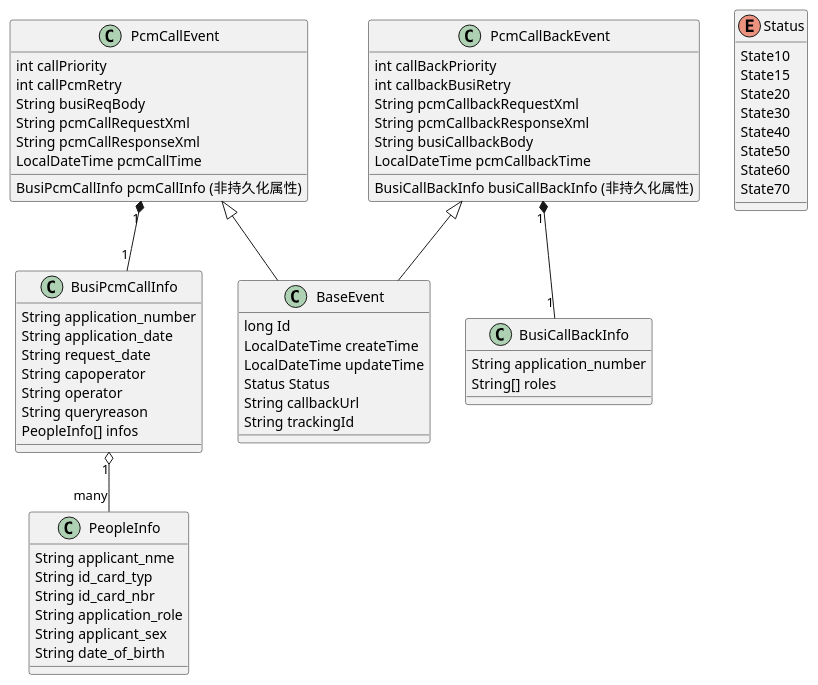
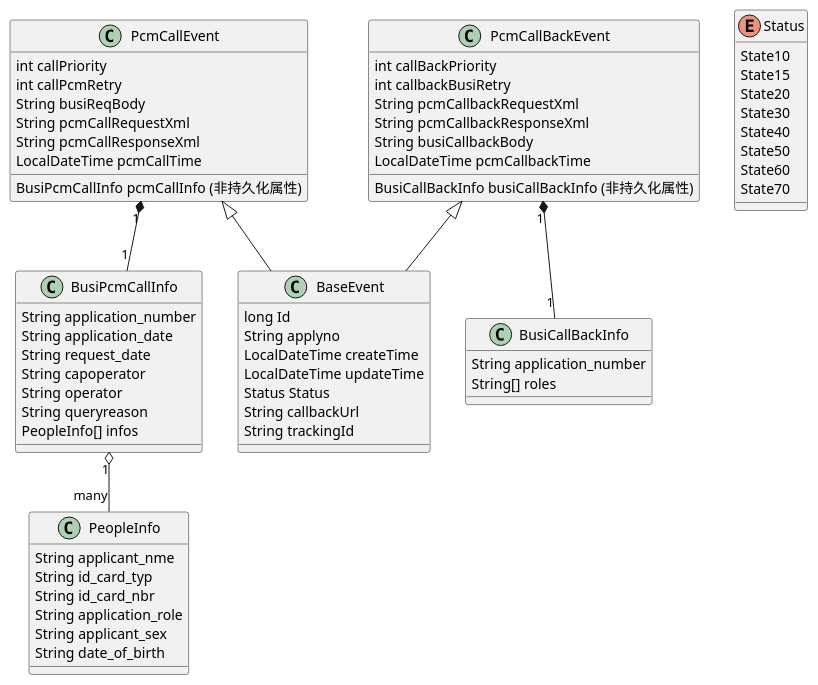
One commit to 0xff1234/xiaoshujiang changed the fourth of 4 diagrams in PcmDispatcher设计文档.md. Above: the diagram before and after it, drawn with PlantUML. The commit also changed other lines of this file, not shown here.

Commit message:
修改文件: PcmDispatcher设计文档.md

````diff
--- a/PcmDispatcher设计文档.md
+++ b/PcmDispatcher设计文档.md
@@ -146,74 +146,75 @@
 ``` plantuml!
 @startuml
 class BaseEvent {
   long Id
+  String applyno
   LocalDateTime createTime
   LocalDateTime updateTime
   Status Status
   String callbackUrl
   String trackingId
 }
 
 class PcmCallEvent {
   int callPriority
   int callPcmRetry
   String busiReqBody
   String pcmCallRequestXml
   String pcmCallResponseXml
   LocalDateTime pcmCallTime
   BusiPcmCallInfo pcmCallInfo (非持久化属性)
 }
 
 class PcmCallBackEvent {
   int callBackPriority
   int callbackBusiRetry
   String pcmCallbackRequestXml
   String pcmCallbackResponseXml
   String busiCallbackBody
   LocalDateTime pcmCallbackTime
   BusiCallBackInfo busiCallBackInfo (非持久化属性)
 }
 
 class BusiCallBackInfo{
   String application_number
   String[] roles 
 }
 
 class BusiPcmCallInfo{
   String application_number
   String application_date
   String request_date
   String capoperator
   String operator
   String queryreason
   PeopleInfo[] infos 
 }
 
 class PeopleInfo{
   String applicant_nme
   String id_card_typ
   String id_card_nbr
   String application_role
   String applicant_sex
   String date_of_birth
 }
 
 BusiPcmCallInfo "1" o-- "many" PeopleInfo
 PcmCallEvent <|-- BaseEvent
 PcmCallEvent "1" *-- "1" BusiPcmCallInfo
 
 PcmCallBackEvent <|-- BaseEvent
 PcmCallBackEvent "1" *-- "1" BusiCallBackInfo
 
 enum Status {
   State10
   State15
   State20
   State30
   State40
   State50
   State60
   State70
 }
 @enduml
 ```
````
